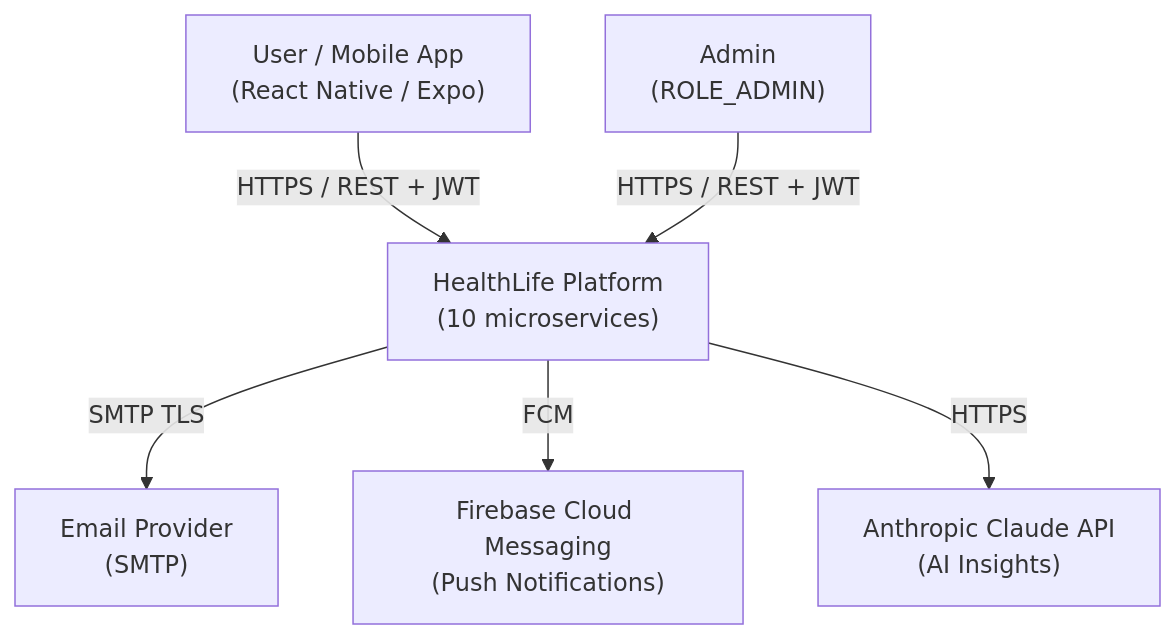
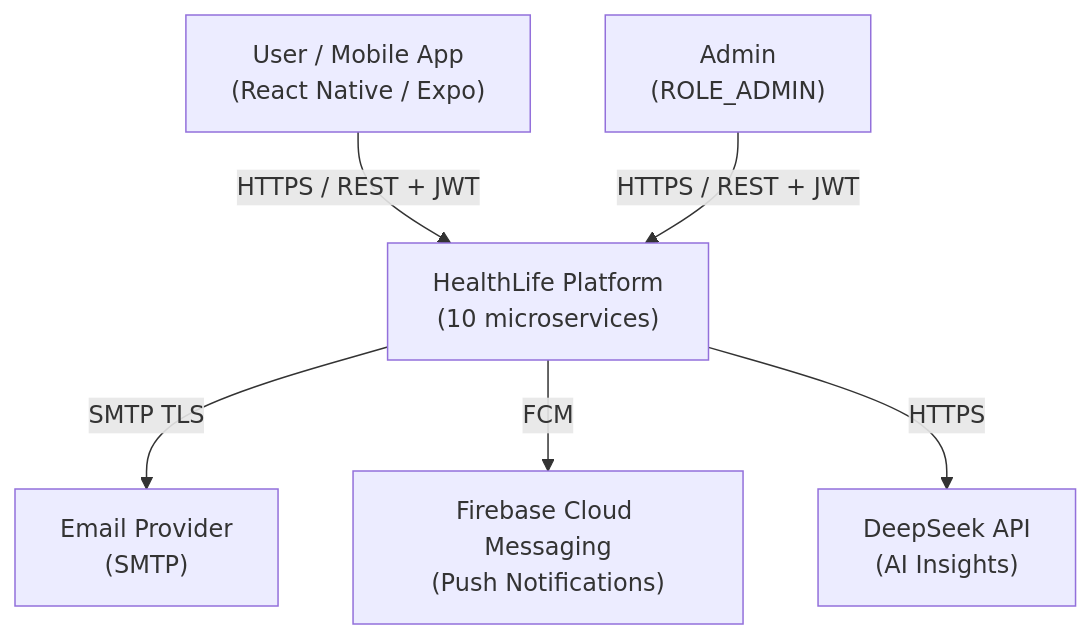
The first of 2 diagrams in docs/ARCHITECTURE.md (Maru3022/Application), drawn with Mermaid before and after one commit. The commit also changed other lines of this file and 57 other files, not shown here.

````diff
--- a/docs/ARCHITECTURE.md
+++ b/docs/ARCHITECTURE.md
@@ -7,15 +7,15 @@
 ```mermaid
 graph TB
     User["User / Mobile App\n(React Native / Expo)"]
     Admin["Admin\n(ROLE_ADMIN)"]
     HL["HealthLife Platform\n(10 microservices)"]
     Email["Email Provider\n(SMTP)"]
     Push["Firebase Cloud Messaging\n(Push Notifications)"]
-    Claude["Anthropic Claude API\n(AI Insights)"]
+    DeepSeek["DeepSeek API\n(AI Insights)"]
 
     User -->|HTTPS / REST + JWT| HL
     Admin -->|HTTPS / REST + JWT| HL
     HL -->|SMTP TLS| Email
     HL -->|FCM| Push
-    HL -->|HTTPS| Claude
+    HL -->|HTTPS| DeepSeek
 ```
````
